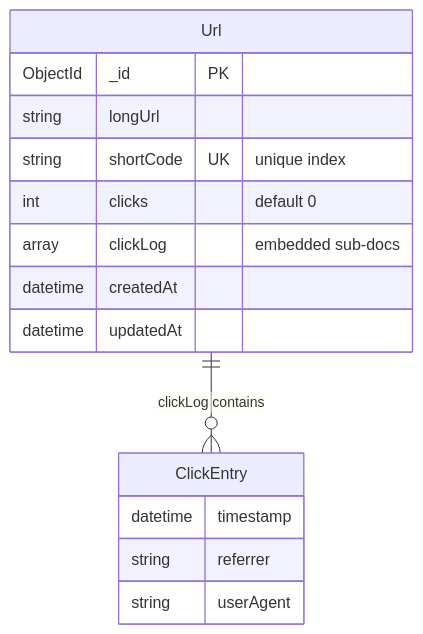
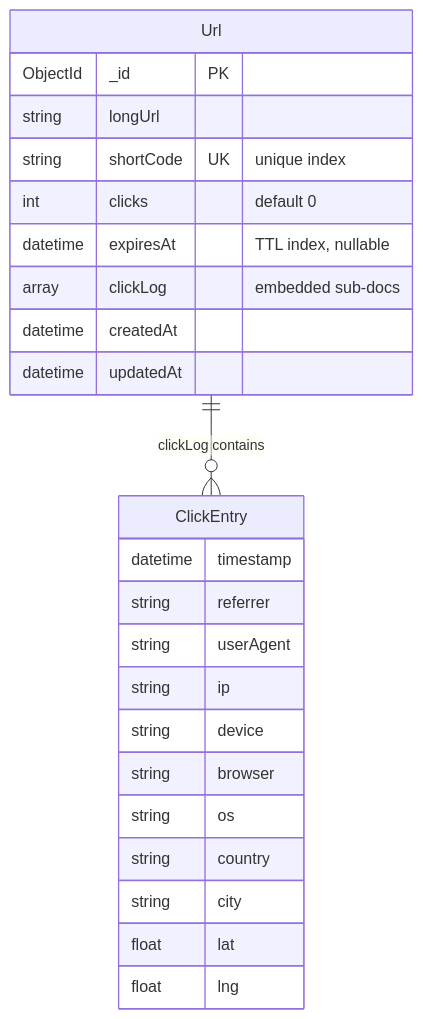
Before and after one commit to gupta-soham/SuprMentor-FSWD-assignments: the third of 7 diagrams in capstone-url-shortener/TECHNICAL_DOCS.md, drawn with Mermaid. The commit also changed other lines of this file, not shown here.

````diff
--- a/capstone-url-shortener/TECHNICAL_DOCS.md
+++ b/capstone-url-shortener/TECHNICAL_DOCS.md
@@ -99,20 +99,29 @@
 ```mermaid
 erDiagram
   Url {
     ObjectId _id PK
     string longUrl
     string shortCode UK "unique index"
     int clicks "default 0"
+    datetime expiresAt "TTL index, nullable"
     array clickLog "embedded sub-docs"
     datetime createdAt
     datetime updatedAt
   }
 
   ClickEntry {
     datetime timestamp
     string referrer
     string userAgent
+    string ip
+    string device
+    string browser
+    string os
+    string country
+    string city
+    float lat
+    float lng
   }
 
   Url ||--o{ ClickEntry : "clickLog contains"
 ```
````
